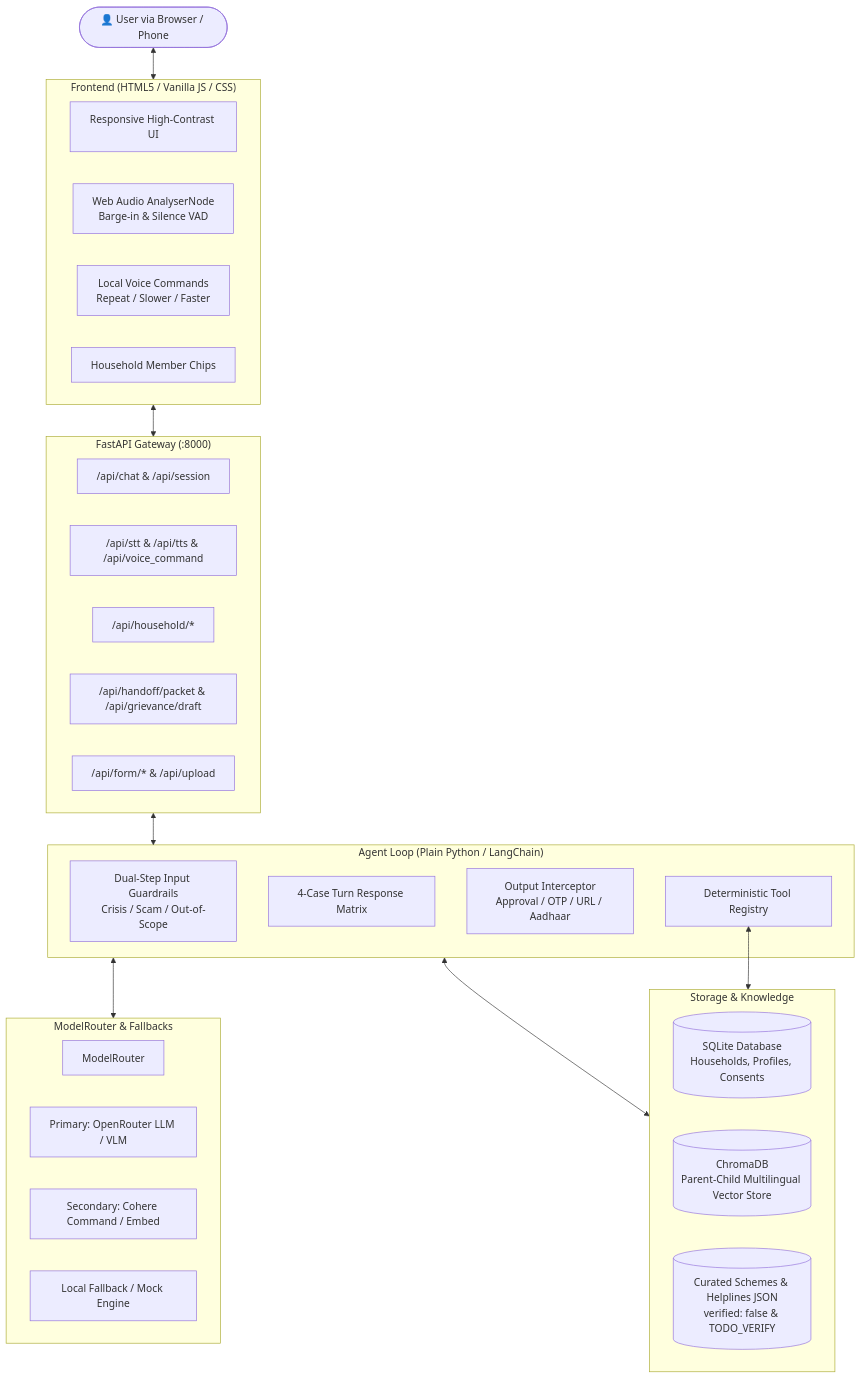
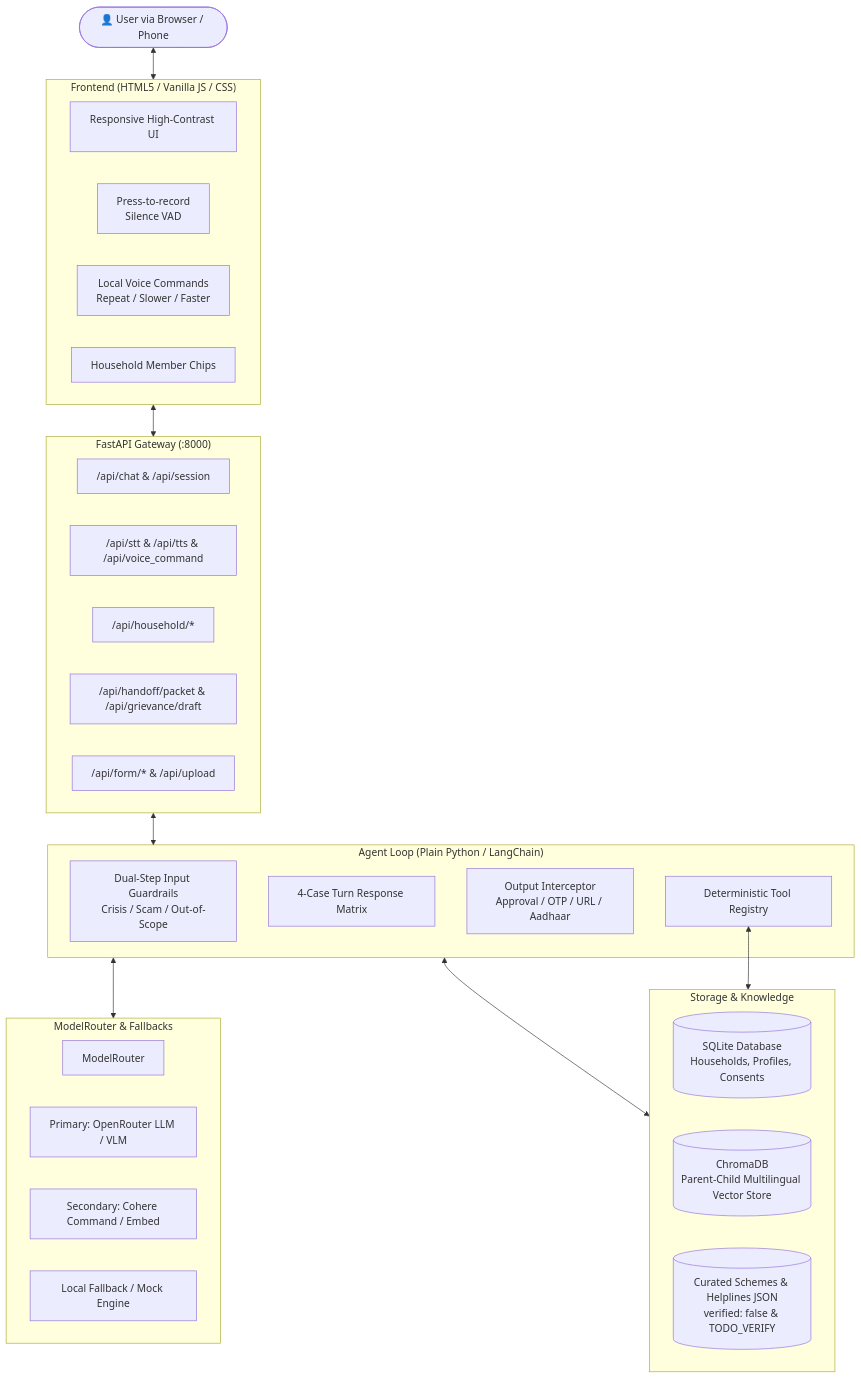
Before and after one commit to Uwais-ML/Scheme-Saathi: the first of 3 diagrams in ARCHITECTURE.md, drawn with Mermaid. The commit also changed other lines of this file and 15 other files, not shown here.

````diff
--- a/ARCHITECTURE.md
+++ b/ARCHITECTURE.md
@@ -9,46 +9,46 @@
 ```mermaid
 flowchart TD
     User([👤 User via Browser / Phone])
 
     subgraph Frontend ["Frontend (HTML5 / Vanilla JS / CSS)"]
         UI[Responsive High-Contrast UI]
-        AudioEngine[Web Audio AnalyserNode<br/>Barge-in & Silence VAD]
+        AudioEngine[Press-to-record<br/>Silence VAD]
         VoiceControls[Local Voice Commands<br/>Repeat / Slower / Faster]
         ChipsBar[Household Member Chips]
     end
 
     subgraph Gateway ["FastAPI Gateway (:8000)"]
         ChatRouter["/api/chat & /api/session"]
         VoiceRouter["/api/stt & /api/tts & /api/voice_command"]
         HouseholdRouter["/api/household/*"]
         HandoffRouter["/api/handoff/packet & /api/grievance/draft"]
         FormRouter["/api/form/* & /api/upload"]
     end
 
     subgraph AgentCore ["Agent Loop (Plain Python / LangChain)"]
         InputGuard[Dual-Step Input Guardrails<br/>Crisis / Scam / Out-of-Scope]
         LoopCore[4-Case Turn Response Matrix]
         OutputGuard[Output Interceptor<br/>Approval / OTP / URL / Aadhaar]
         ToolRegistry[Deterministic Tool Registry]
     end
 
     subgraph Intelligence ["ModelRouter & Fallbacks"]
         Router[ModelRouter]
         OpenRouter[Primary: OpenRouter LLM / VLM]
         Cohere[Secondary: Cohere Command / Embed]
         MockLLM[Local Fallback / Mock Engine]
     end
 
     subgraph KnowledgeAndState ["Storage & Knowledge"]
         SQLite[(SQLite Database<br/>Households, Profiles, Consents)]
         Chroma[(ChromaDB<br/>Parent-Child Multilingual Vector Store)]
         CuratedData[(Curated Schemes & Helplines JSON<br/>verified: false & TODO_VERIFY)]
     end
 
     User <--> Frontend
     Frontend <--> Gateway
     Gateway <--> AgentCore
     AgentCore <--> Intelligence
     AgentCore <--> KnowledgeAndState
     ToolRegistry <--> KnowledgeAndState
 ```
````
